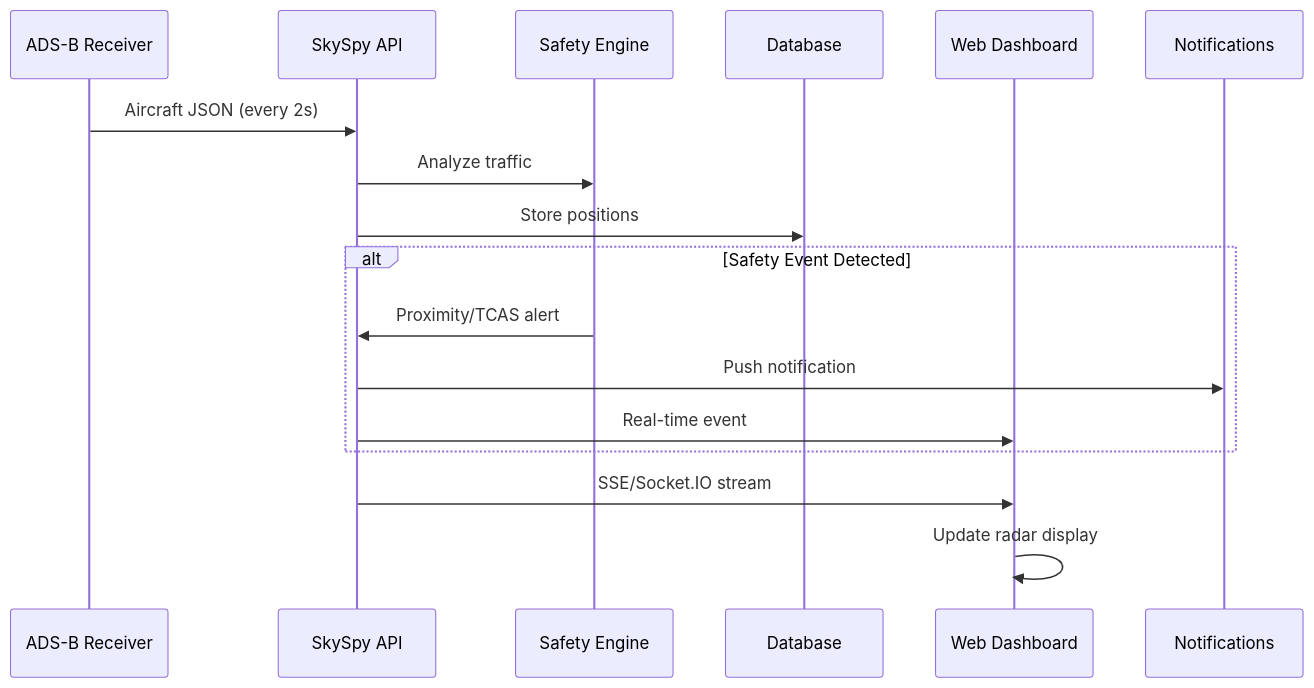
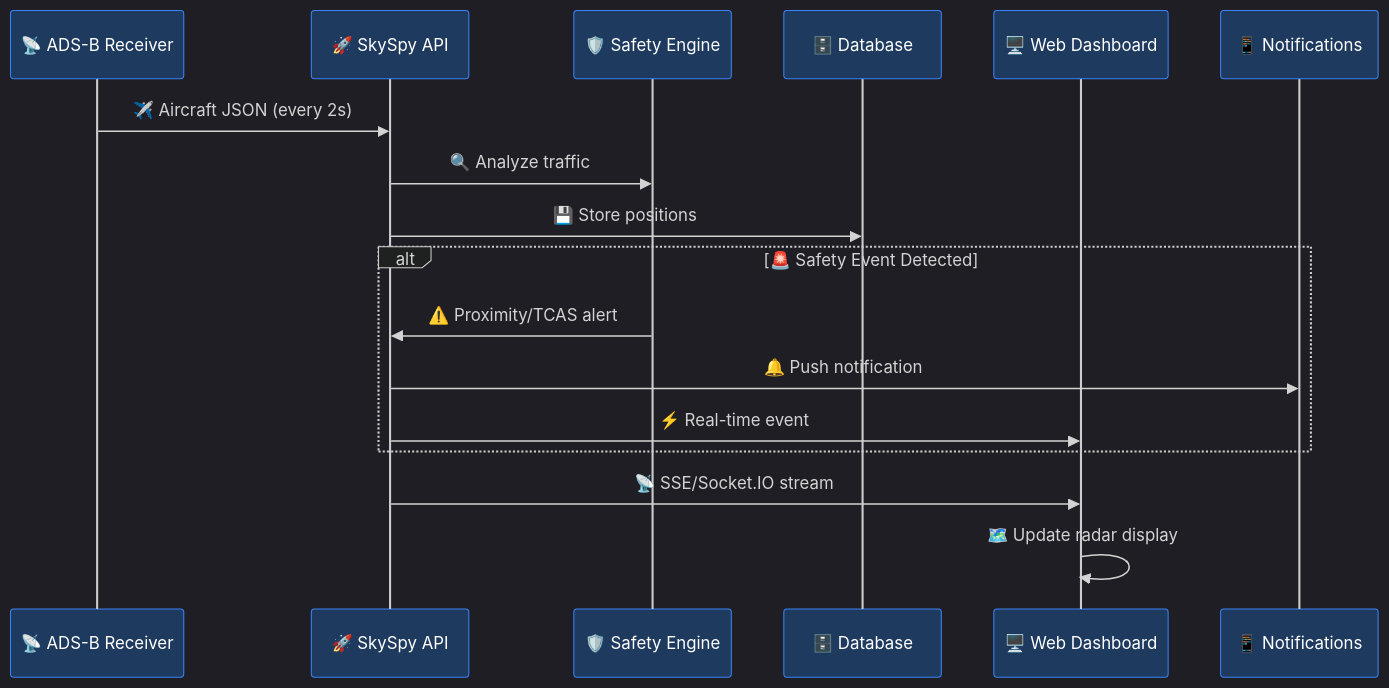
The second of 2 diagrams in docs/Getting Started/overview.md (CHA0S-CORP/SkySpyDocs), drawn with Mermaid before and after one commit. The commit also changed 11 other files, not shown here.

````diff
--- a/docs/Getting Started/overview.md
+++ b/docs/Getting Started/overview.md
@@ -106,22 +106,23 @@
 ```mermaid
+%%{init: {'theme': 'dark', 'themeVariables': { 'primaryColor': '#3b82f6', 'primaryTextColor': '#fff', 'primaryBorderColor': '#60a5fa', 'lineColor': '#60a5fa', 'actorTextColor': '#fff', 'actorBkg': '#1e3a5f', 'actorBorder': '#3b82f6'}}}%%
 sequenceDiagram
-    participant R as ADS-B Receiver
-    participant A as SkySpy API
-    participant S as Safety Engine
-    participant D as Database
-    participant W as Web Dashboard
-    participant N as Notifications
+    participant R as 📡 ADS-B Receiver
+    participant A as 🚀 SkySpy API
+    participant S as 🛡️ Safety Engine
+    participant D as 🗄️ Database
+    participant W as 🖥️ Web Dashboard
+    participant N as 📱 Notifications
 
-    R->>A: Aircraft JSON (every 2s)
-    A->>S: Analyze traffic
-    A->>D: Store positions
+    R->>A: ✈️ Aircraft JSON (every 2s)
+    A->>S: 🔍 Analyze traffic
+    A->>D: 💾 Store positions
 
-    alt Safety Event Detected
-        S->>A: Proximity/TCAS alert
-        A->>N: Push notification
-        A->>W: Real-time event
+    alt 🚨 Safety Event Detected
+        S->>A: ⚠️ Proximity/TCAS alert
+        A->>N: 🔔 Push notification
+        A->>W: ⚡ Real-time event
     end
 
-    A->>W: SSE/Socket.IO stream
-    W->>W: Update radar display
+    A->>W: 📡 SSE/Socket.IO stream
+    W->>W: 🗺️ Update radar display
 ```
````
